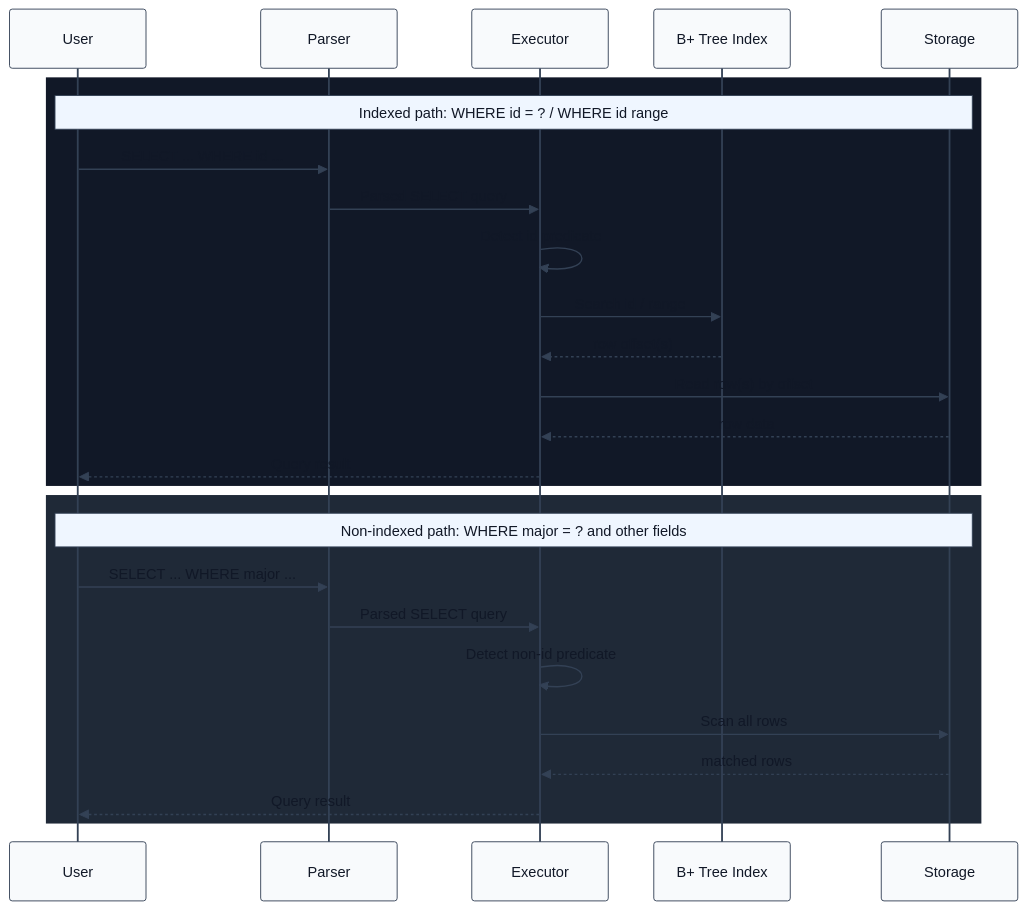
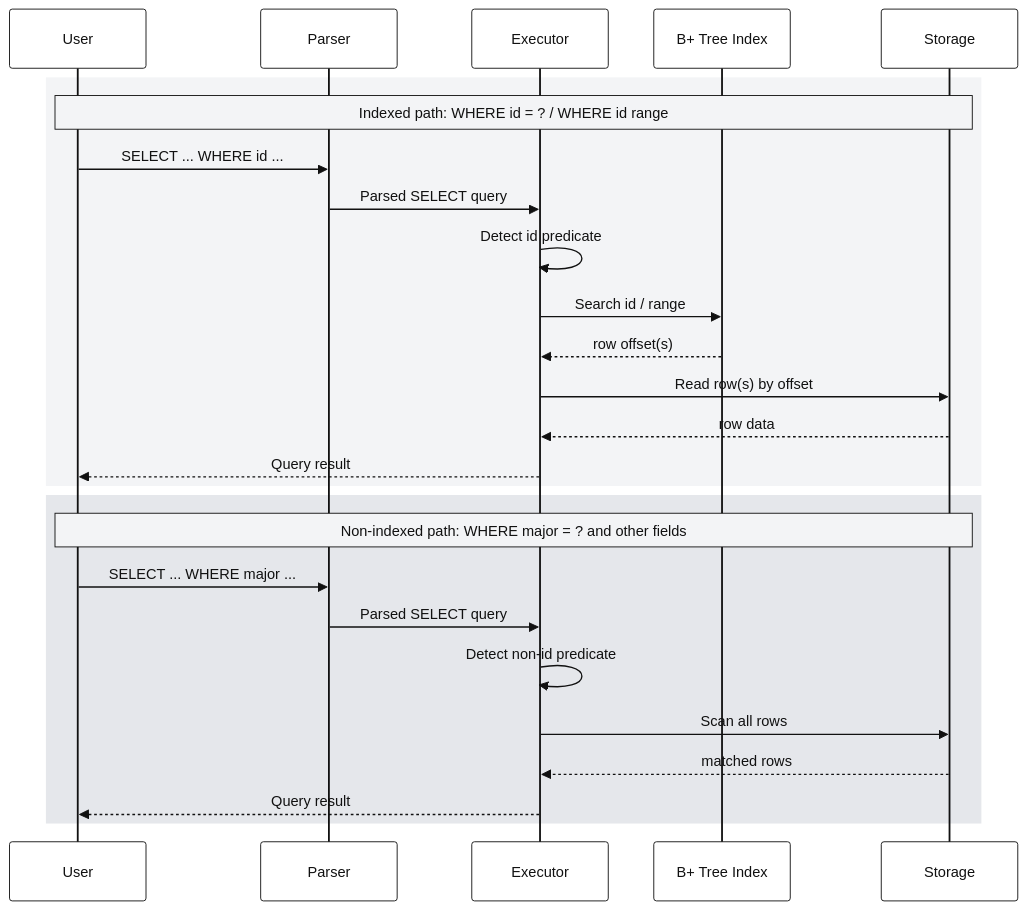
One commit to Jungle-12-303/week7-team1-sql-2 changed the sixth of 14 diagrams in README.md. Above: the diagram before and after it, drawn with Mermaid. The commit also changed other lines of this file, not shown here.

Commit message:
Refine README diagram colors for light mode

````diff
--- a/README.md
+++ b/README.md
@@ -303,58 +303,58 @@
 ```mermaid
 %%{init: {
   "theme": "base",
   "themeVariables": {
     "background": "#ffffff",
-    "primaryColor": "#f8fafc",
-    "primaryTextColor": "#111827",
-    "primaryBorderColor": "#334155",
-    "lineColor": "#475569",
-    "secondaryColor": "#f1f5f9",
-    "secondaryTextColor": "#111827",
-    "tertiaryColor": "#e2e8f0",
-    "tertiaryTextColor": "#111827",
-    "actorBkg": "#f8fafc",
-    "actorBorder": "#334155",
-    "actorTextColor": "#111827",
-    "signalColor": "#334155",
-    "signalTextColor": "#111827",
+    "primaryColor": "#ffffff",
+    "primaryTextColor": "#111111",
+    "primaryBorderColor": "#111111",
+    "lineColor": "#111111",
+    "secondaryColor": "#f3f4f6",
+    "secondaryTextColor": "#111111",
+    "tertiaryColor": "#e5e7eb",
+    "tertiaryTextColor": "#111111",
+    "actorBkg": "#ffffff",
+    "actorBorder": "#111111",
+    "actorTextColor": "#111111",
+    "signalColor": "#111111",
+    "signalTextColor": "#111111",
     "labelBoxBkgColor": "#ffffff",
-    "labelBoxBorderColor": "#334155",
-    "labelTextColor": "#111827",
-    "loopTextColor": "#111827",
-    "noteBkgColor": "#eff6ff",
-    "noteBorderColor": "#334155",
-    "noteTextColor": "#111827",
-    "activationBorderColor": "#334155",
-    "activationBkgColor": "#dcfce7"
+    "labelBoxBorderColor": "#111111",
+    "labelTextColor": "#111111",
+    "loopTextColor": "#111111",
+    "noteBkgColor": "#f3f4f6",
+    "noteBorderColor": "#111111",
+    "noteTextColor": "#111111",
+    "activationBorderColor": "#111111",
+    "activationBkgColor": "#e5e7eb"
   }
 }}%%
 sequenceDiagram
     participant U as User
     participant P as Parser
     participant E as Executor
     participant B as B+ Tree Index
     participant S as Storage
 
-    rect rgb(17, 24, 39)
+    rect rgb(243, 244, 246)
         Note over U,S: Indexed path: WHERE id = ? / WHERE id range
         U->>P: SELECT ... WHERE id ...
         P->>E: Parsed SELECT query
         E->>E: Detect id predicate
         E->>B: Search id / range
         B-->>E: row offset(s)
         E->>S: Read row(s) by offset
         S-->>E: row data
         E-->>U: Query result
     end
 
-    rect rgb(31, 41, 55)
+    rect rgb(229, 231, 235)
         Note over U,S: Non-indexed path: WHERE major = ? and other fields
         U->>P: SELECT ... WHERE major ...
         P->>E: Parsed SELECT query
         E->>E: Detect non-id predicate
         E->>S: Scan all rows
         S-->>E: matched rows
         E-->>U: Query result
     end
 ```
````
